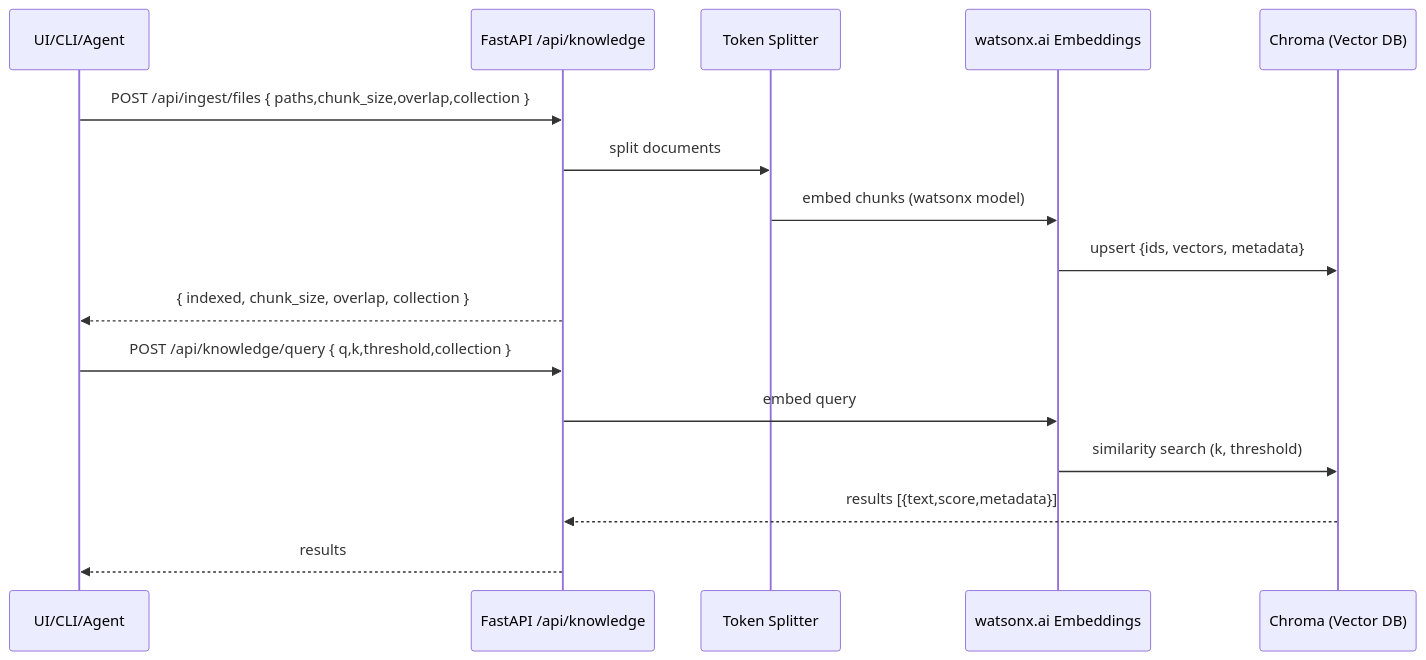
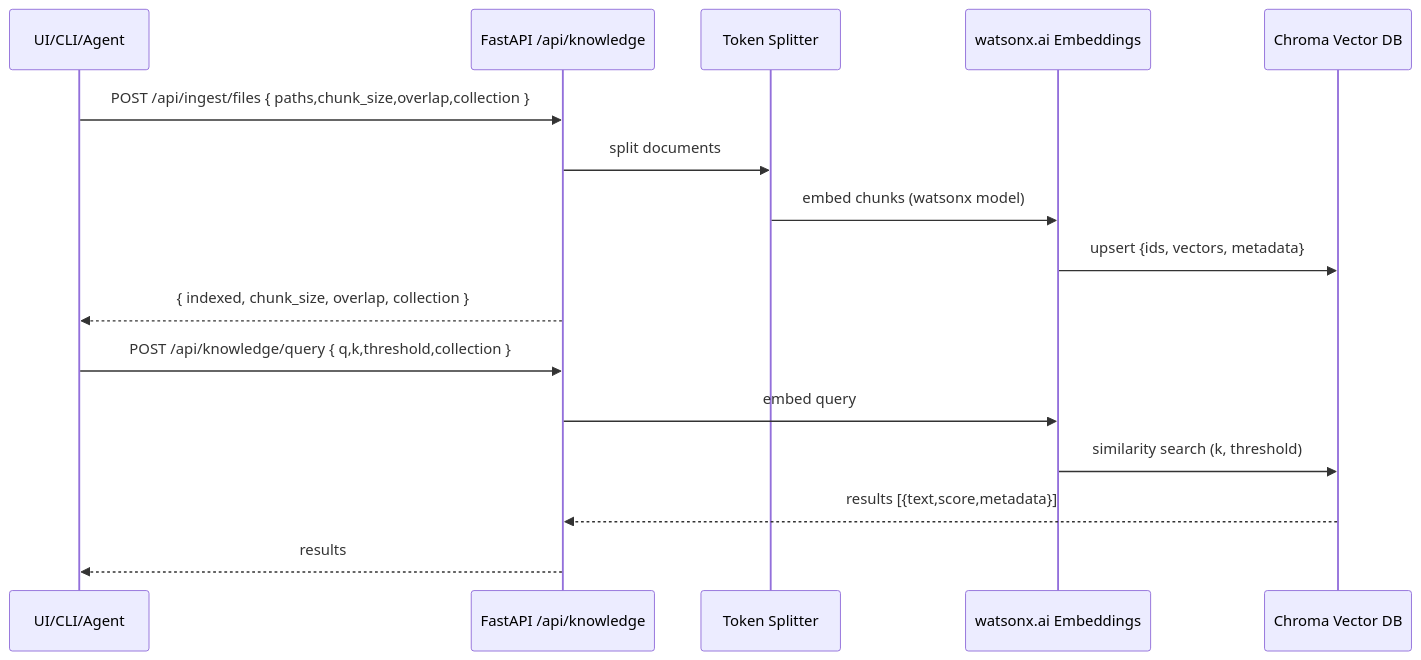
Before and after one commit to ruslanmv/workshop-builder: the third of 6 diagrams in docs/diagrams.md, drawn with Mermaid. The commit also changed other lines of this file, not shown here.

````diff
--- a/docs/diagrams.md
+++ b/docs/diagrams.md
@@ -83,20 +83,20 @@
 ```mermaid
 sequenceDiagram
     participant Caller as UI/CLI/Agent
     participant API as FastAPI /api/knowledge
     participant Split as Token Splitter
     participant Emb as watsonx.ai Embeddings
-    participant V as Chroma (Vector DB)
+    participant V as Chroma Vector DB
 
     Caller->>API: POST /api/ingest/files { paths,chunk_size,overlap,collection }
     API->>Split: split documents
     Split->>Emb: embed chunks (watsonx model)
     Emb->>V: upsert {ids, vectors, metadata}
     API-->>Caller: { indexed, chunk_size, overlap, collection }
 
     Caller->>API: POST /api/knowledge/query { q,k,threshold,collection }
     API->>Emb: embed query
     Emb->>V: similarity search (k, threshold)
     V-->>API: results [{text,score,metadata}]
     API-->>Caller: results
 ```
````
